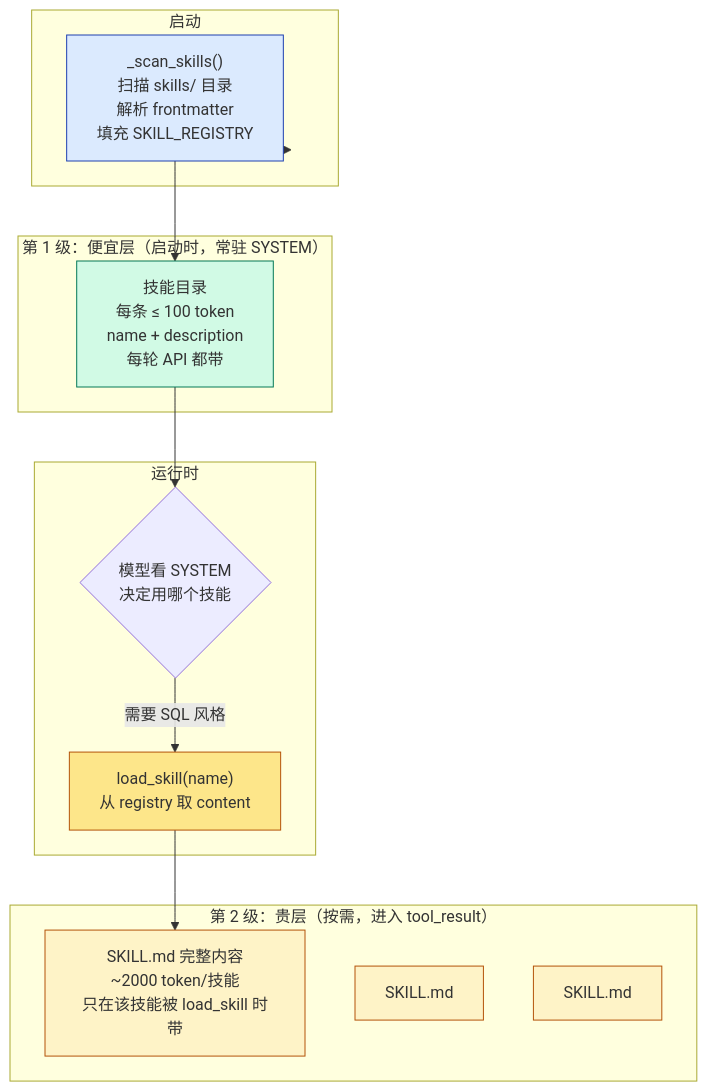
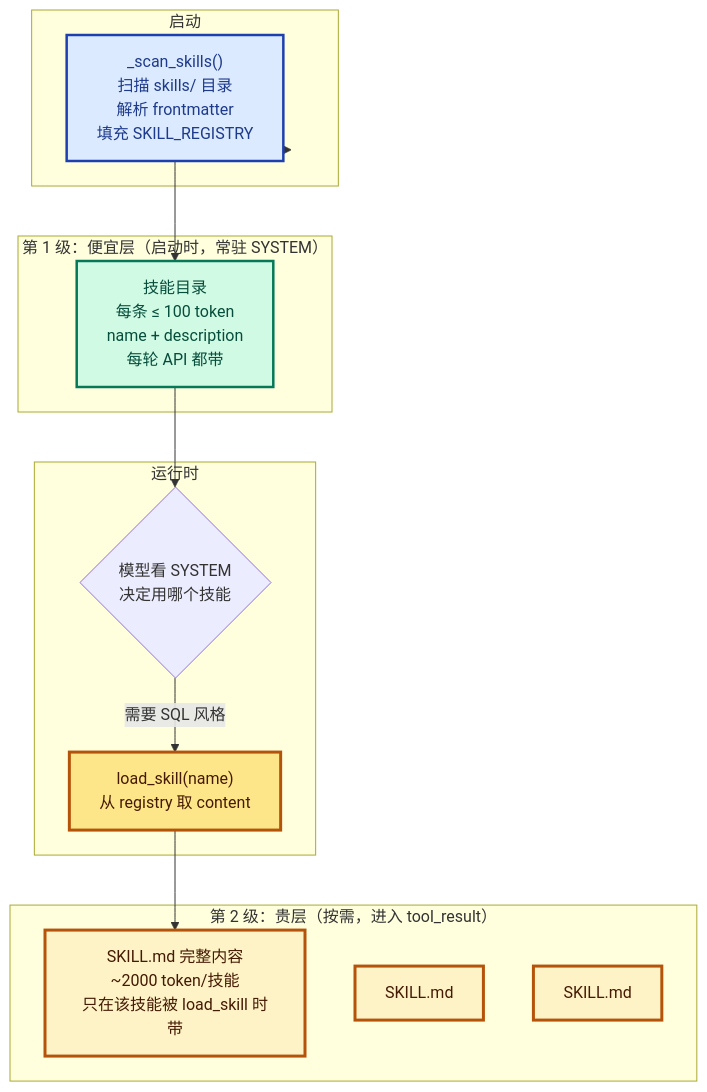
One commit to PyrePuin/From-Zero-LLM-Agent-Infra-Notes changed the diagram in Agent/Harness/Claude Code/Phase 6 - 扩展与组装/07 - Skill Loading.md. Above: the diagram before and after it, drawn with Mermaid. The commit also changed 23 other files, not shown here.

First line of the commit message:
refactor(mermaid): 统一所有图的视觉规范

````diff
--- a/Agent/Harness/Claude Code/Phase 6 - 扩展与组装/07 - Skill Loading.md
+++ b/Agent/Harness/Claude Code/Phase 6 - 扩展与组装/07 - Skill Loading.md
@@ -68,30 +68,31 @@
 ```mermaid
+%%{init: {'themeVariables': {'fontSize': '16px', 'fontFamily': 'ui-sans-serif, system-ui, -apple-system, "Segoe UI", Roboto, sans-serif'}}}%%
 flowchart TB
     subgraph Tier1["第 1 级：便宜层（启动时，常驻 SYSTEM）"]
         Catalog["技能目录<br/>每条 ≤ 100 token<br/>name + description<br/>每轮 API 都带"]
     end
     subgraph Tier2["第 2 级：贵层（按需，进入 tool_result）"]
         SK1["SKILL.md 完整内容<br/>~2000 token/技能<br/>只在该技能被 load_skill 时带"]
         SK2["SKILL.md"]
         SK3["SKILL.md"]
     end
     subgraph Startup["启动"]
         Scan["_scan_skills()<br/>扫描 skills/ 目录<br/>解析 frontmatter<br/>填充 SKILL_REGISTRY"]
     end
     subgraph Runtime["运行时"]
         Decide{"模型看 SYSTEM<br/>决定用哪个技能"}
         Load["load_skill(name)<br/>从 registry 取 content"]
     end
 
     Startup --> Scan --> Catalog
     Catalog --> Decide
     Decide -->|"需要 SQL 风格"| Load
     Load --> SK1
 
-    style Catalog fill:#d1fae5,stroke:#047857
-    style Scan fill:#dbeafe,stroke:#1e40af
-    style Load fill:#fde68a,stroke:#b45309
-    style SK1 fill:#fef3c7,stroke:#b45309
-    style SK2 fill:#fef3c7,stroke:#b45309
-    style SK3 fill:#fef3c7,stroke:#b45309
+    style Catalog fill:#d1fae5,stroke:#047857,stroke-width:2.5px,color:#064e3b
+    style Scan fill:#dbeafe,stroke:#1e40af,stroke-width:2.5px,color:#1e3a8a
+    style Load fill:#fde68a,stroke:#b45309,stroke-width:3px,color:#451a03
+    style SK1 fill:#fef3c7,stroke:#b45309,stroke-width:3px,color:#451a03
+    style SK2 fill:#fef3c7,stroke:#b45309,stroke-width:3px,color:#451a03
+    style SK3 fill:#fef3c7,stroke:#b45309,stroke-width:3px,color:#451a03
 ```
````
